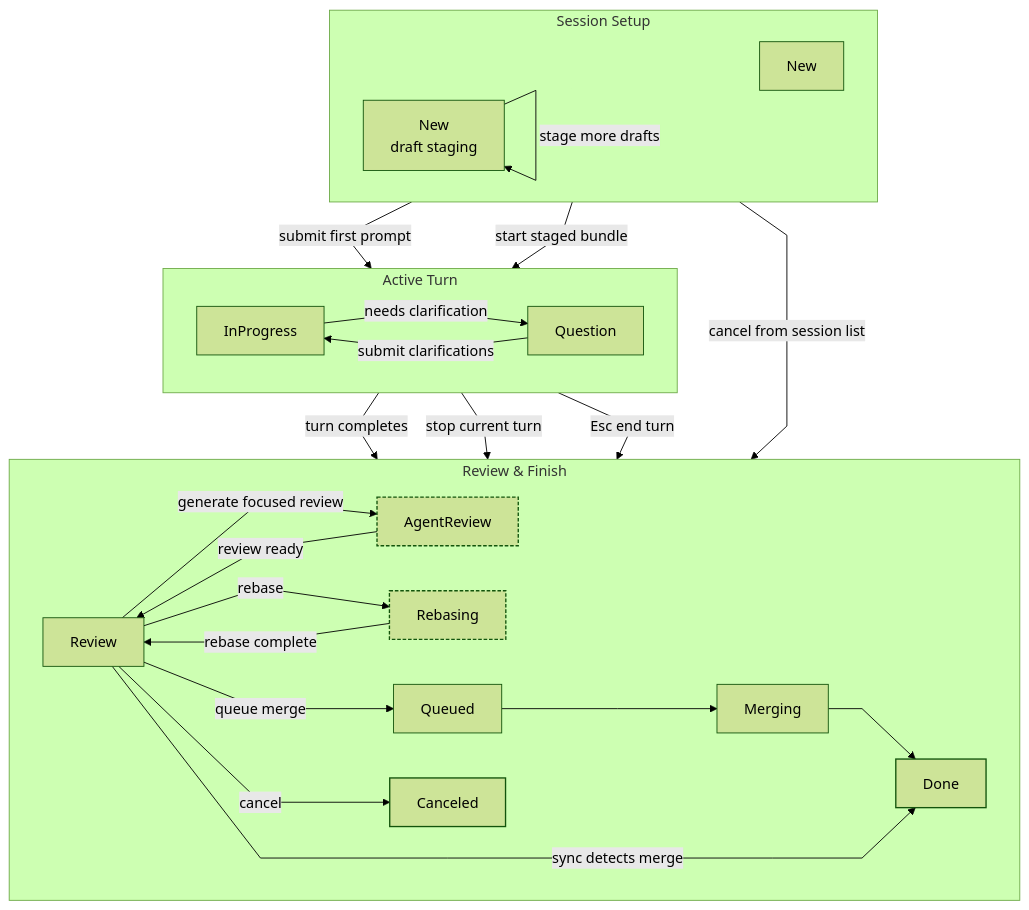
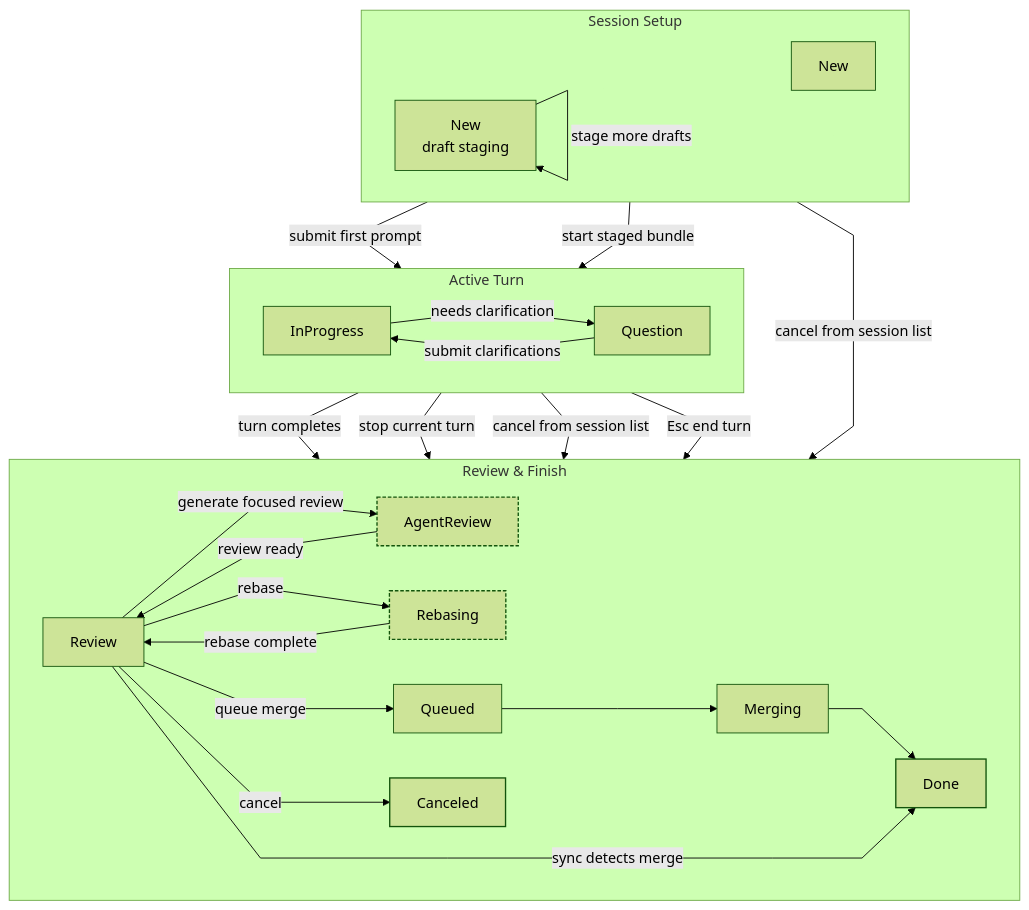
One commit to agentty-xyz/agentty changed the diagram in docs/site/content/docs/usage/workflow.md. Above: the diagram before and after it, drawn with Mermaid (forest theme). The commit also changed other lines of this file and 10 other files, not shown here.

First line of the commit message:
Allow canceling running sessions from the session list

````diff
--- a/docs/site/content/docs/usage/workflow.md
+++ b/docs/site/content/docs/usage/workflow.md
@@ -240,53 +243,54 @@
 ```mermaid
 %%{init: { "flowchart": { "curve": "linear" } } }%%
 flowchart TB
   classDef auxiliary stroke-dasharray: 4 2,stroke-width: 1.5px;
   classDef terminal stroke-width: 1.5px;
 
   subgraph start["Session Setup"]
     direction LR
     new_regular["New"]
     new_draft["New<br/>draft staging"]
   end
 
   subgraph active["Active Turn"]
     direction LR
     in_progress["InProgress"]
     question["Question"]
   end
 
   subgraph finish["Review & Finish"]
     direction LR
     review["Review"]
     agent_review["AgentReview"]
     rebasing["Rebasing"]
     queued["Queued"]
     merging["Merging"]
     done["Done"]
     canceled["Canceled"]
   end
 
   new_regular -->|submit first prompt| in_progress
   new_draft -->|stage more drafts| new_draft
   new_draft -->|start staged bundle| in_progress
   new_draft -->|cancel from session list| canceled
 
   in_progress -->|turn completes| review
   in_progress -->|needs clarification| question
   in_progress -->|stop current turn| review
+  in_progress -->|cancel from session list| canceled
   question -->|submit clarifications| in_progress
   question -->|Esc end turn| review
 
   review -->|generate focused review| agent_review
   agent_review -->|review ready| review
   review -->|rebase| rebasing
   rebasing -->|rebase complete| review
   review -->|queue merge| queued
   queued --> merging
   merging --> done
   review -->|cancel| canceled
   review -->|sync detects merge| done
 
   class agent_review,rebasing auxiliary
   class done,canceled terminal
 ```
````
